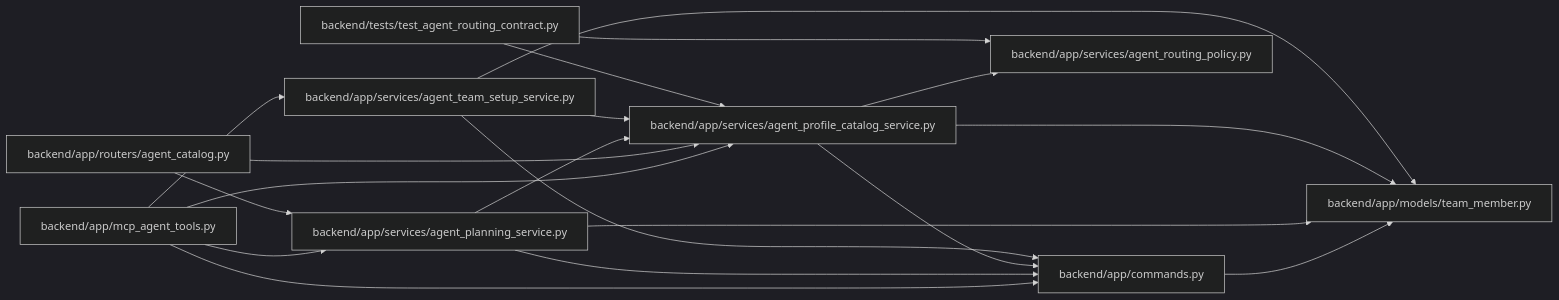
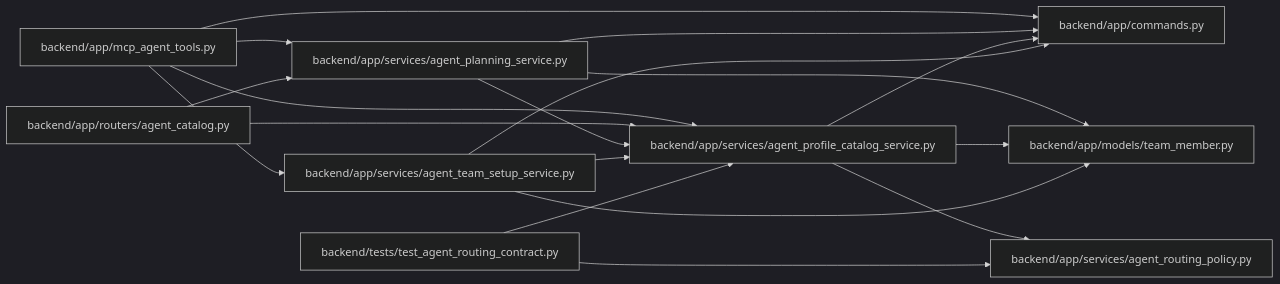
Before and after one commit to Denissvgn/WorkChord: the diagram in docs/llm_wiki/modules/agent_profile_catalog_service.md, drawn with Mermaid (dark theme). The commit also changed 10148 other files, not shown here.

````diff
--- a/docs/llm_wiki/modules/agent_profile_catalog_service.md
+++ b/docs/llm_wiki/modules/agent_profile_catalog_service.md
@@ -26,39 +26,38 @@
 ```mermaid
 flowchart LR
     n0["backend/app/commands.py"]
     n1["backend/app/mcp_agent_tools.py"]
     n2["backend/app/models/team_member.py"]
     n3["backend/app/routers/agent_catalog.py"]
     n4["backend/app/services/agent_planning_service.py"]
     n5["backend/app/services/agent_profile_catalog_service.py"]
     n6["backend/app/services/agent_routing_policy.py"]
     n7["backend/app/services/agent_team_setup_service.py"]
     n8["backend/tests/test_agent_routing_contract.py"]
-    n0 --> n2
     n1 --> n0
     n1 --> n4
     n1 --> n5
     n1 --> n7
     n3 --> n4
     n3 --> n5
     n4 --> n0
     n4 --> n2
     n4 --> n5
     n5 --> n0
     n5 --> n2
     n5 --> n6
     n7 --> n0
     n7 --> n2
     n7 --> n5
     n8 --> n5
     n8 --> n6
     click n0 "../modules/commands.md"
     click n1 "../modules/mcp_agent_tools.md"
     click n2 "../modules/team_member.md"
     click n3 "../modules/agent_catalog.md"
     click n4 "../modules/agent_planning_service.md"
     click n5 "../modules/agent_profile_catalog_service.md"
     click n6 "../modules/agent_routing_policy.md"
     click n7 "../modules/agent_team_setup_service.md"
     click n8 "../modules/test_agent_routing_contract.md"
 ```
````
